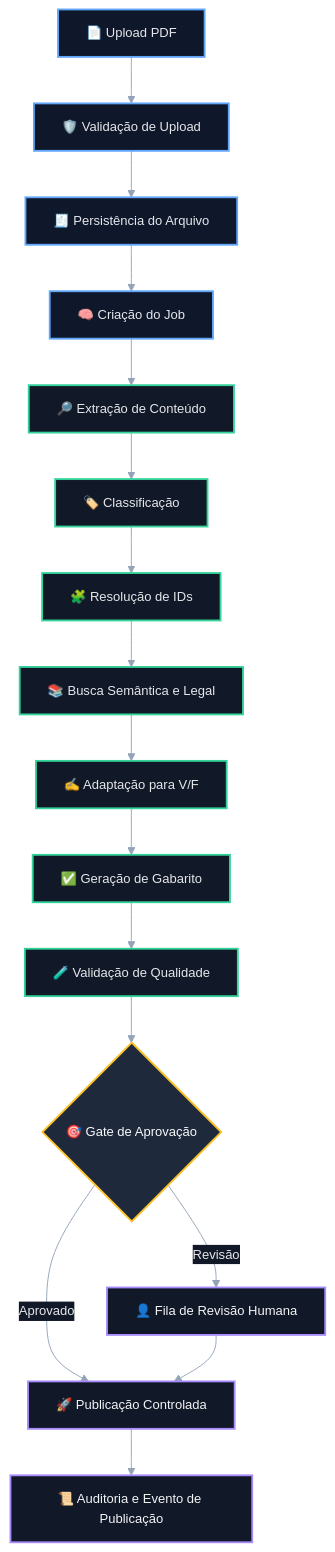
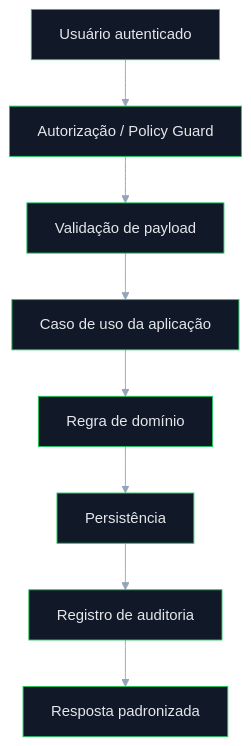
Before and after one commit to matheusdiamantino-betalent/IA: the second of 6 diagrams in README.md, drawn with Mermaid. The commit also changed other lines of this file, not shown here.

````diff
--- a/README.md
+++ b/README.md
@@ -431,47 +272,24 @@
 ```mermaid
 %%{init: {
   "theme": "base",
   "themeVariables": {
-    "background": "#020617",
-    "primaryColor": "#0f172a",
+    "background": "#0b1220",
+    "primaryColor": "#111827",
     "primaryTextColor": "#e5e7eb",
-    "primaryBorderColor": "#60a5fa",
-    "lineColor": "#94a3b8",
-    "secondaryColor": "#111827",
+    "primaryBorderColor": "#22c55e",
+    "secondaryColor": "#0f172a",
     "secondaryTextColor": "#e5e7eb",
-    "secondaryBorderColor": "#34d399",
-    "tertiaryColor": "#1e293b",
-    "tertiaryTextColor": "#f8fafc",
-    "noteBkgColor": "#1e293b",
-    "noteTextColor": "#e2e8f0",
-    "noteBorderColor": "#fbbf24",
-    "fontSize": "14px"
+    "tertiaryColor": "#111827",
+    "tertiaryTextColor": "#e5e7eb",
+    "lineColor": "#94a3b8"
   }
 }}%%
 flowchart TD
-    A[📄 Upload PDF] --> B[🛡️ Validação de Upload]
-    B --> C[🧾 Persistência do Arquivo]
-    C --> D[🧠 Criação do Job]
-    D --> E[🔎 Extração de Conteúdo]
-    E --> F[🏷️ Classificação]
-    F --> G[🧩 Resolução de IDs]
-    G --> H[📚 Busca Semântica e Legal]
-    H --> I[✍️ Adaptação para V/F]
-    I --> J[✅ Geração de Gabarito]
-    J --> K[🧪 Validação de Qualidade]
-    K --> L{🎯 Gate de Aprovação}
-    L -- Revisão --> M[👤 Fila de Revisão Humana]
-    L -- Aprovado --> N[🚀 Publicação Controlada]
-    M --> N
-    N --> O[📜 Auditoria e Evento de Publicação]
-
-    classDef input fill:#0f172a,stroke:#60a5fa,color:#e5e7eb,stroke-width:2px;
-    classDef process fill:#111827,stroke:#34d399,color:#e5e7eb,stroke-width:2px;
-    classDef decision fill:#1e293b,stroke:#fbbf24,color:#f8fafc,stroke-width:2px;
-    classDef output fill:#111827,stroke:#a78bfa,color:#f3f4f6,stroke-width:2px;
-
-    class A,B,C,D input;
-    class E,F,G,H,I,J,K process;
-    class L decision;
-    class M,N,O output;
+    A["Usuário autenticado"] --> B["Autorização / Policy Guard"]
+    B --> C["Validação de payload"]
+    C --> D["Caso de uso da aplicação"]
+    D --> E["Regra de domínio"]
+    E --> F["Persistência"]
+    F --> G["Registro de auditoria"]
+    G --> H["Resposta padronizada"]
 ```
````
